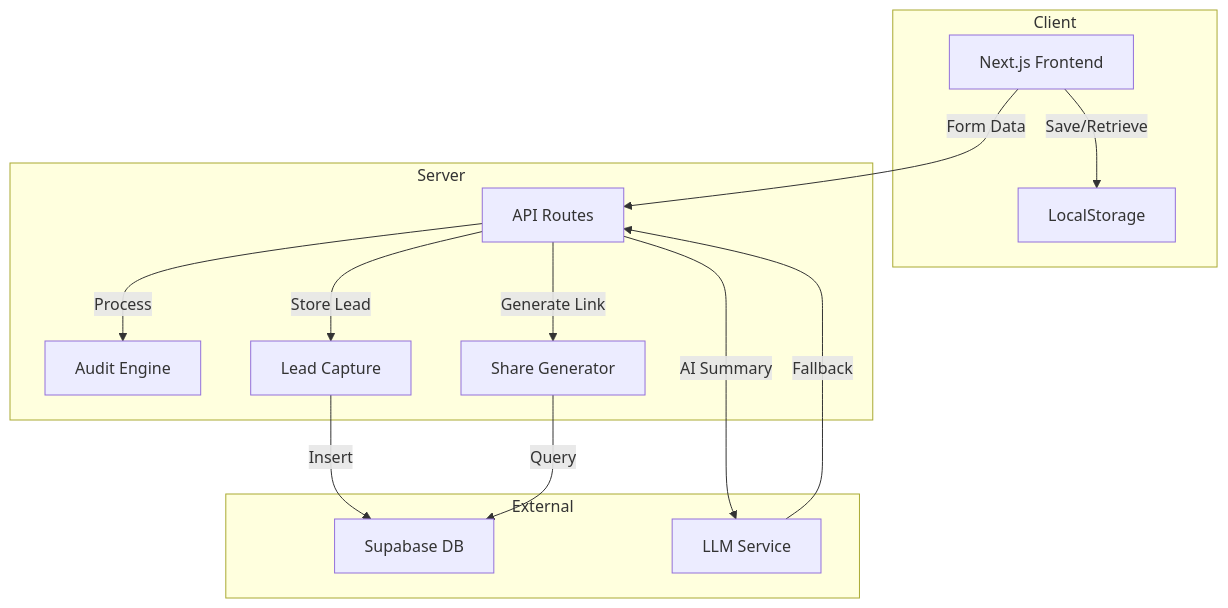
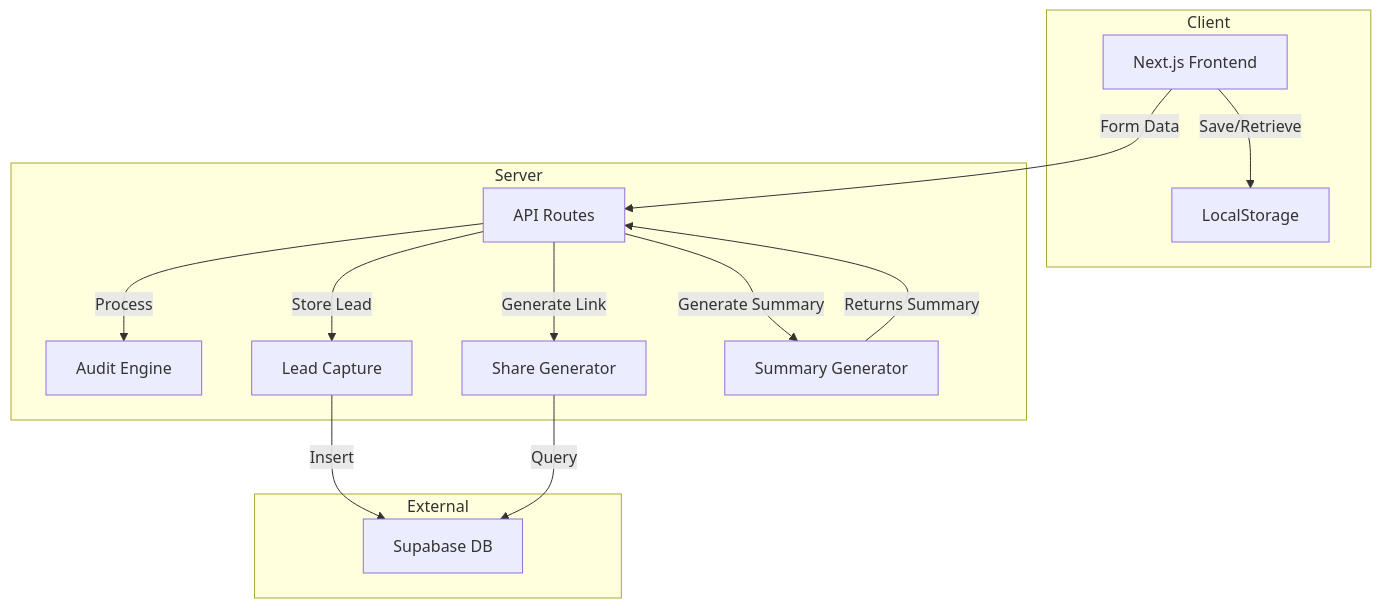
Before and after one commit to jithu2023/ai-spend-audit: the diagram in ARCHITECTURE.md, drawn with Mermaid.

Commit message:
diagram section corrected

````diff
--- a/ARCHITECTURE.md
+++ b/ARCHITECTURE.md
@@ -22,29 +22,29 @@
 ```mermaid
 graph TB
     subgraph Client
         A[Next.js Frontend]
         B[LocalStorage]
     end
     
     subgraph Server
         C[API Routes]
         D[Audit Engine]
         E[Lead Capture]
         F[Share Generator]
+        I[Summary Generator]
     end
     
     subgraph External
         G[Supabase DB]
-        H[LLM Service]
     end
     
     A -->|Form Data| C
     A -->|Save/Retrieve| B
     C -->|Process| D
     C -->|Store Lead| E
     C -->|Generate Link| F
+    C -->|Generate Summary| I
     E -->|Insert| G
     F -->|Query| G
-    C -->|AI Summary| H
-    H -->|Fallback| C
+    I -->|Returns Summary| C
 ```
````
